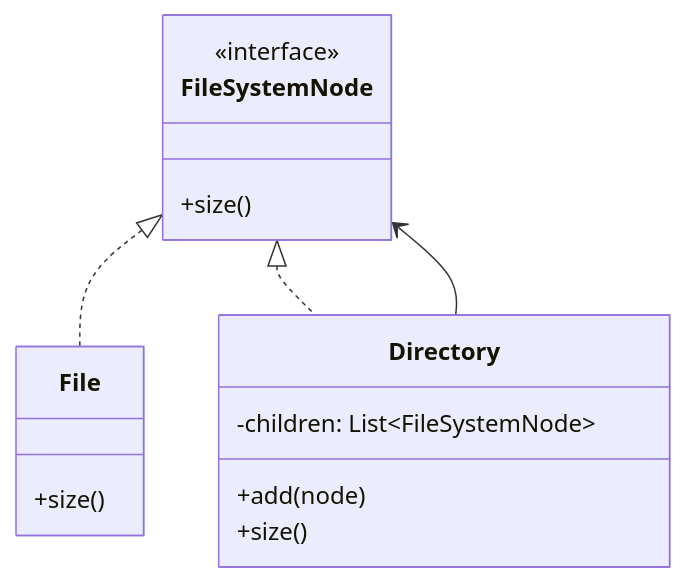
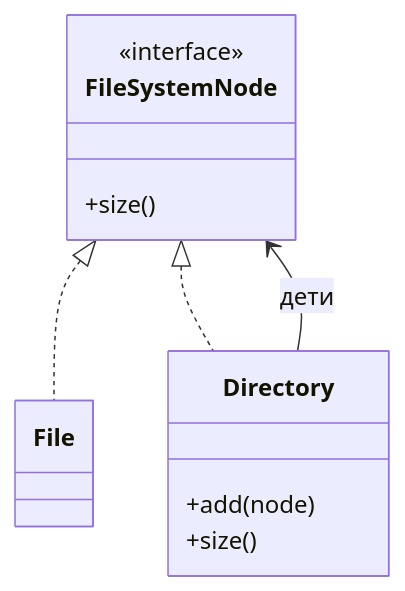
The seventh of 7 diagrams in content/lectures/Lec6/vitepress.md (Kert0n/KPO), drawn with Mermaid before and after one commit. The commit also changed other lines of this file, not shown here.

````diff
--- a/content/lectures/Lec6/vitepress.md
+++ b/content/lectures/Lec6/vitepress.md
@@ -1495,19 +1051,15 @@
 ```mermaid
 classDiagram
   class FileSystemNode {
     <<interface>>
     +size()
   }
-  class File {
-    +size()
-  }
+  class File
   class Directory {
-    -children: List~FileSystemNode~
     +add(node)
     +size()
   }
-
   FileSystemNode <|.. File
   FileSystemNode <|.. Directory
-  Directory --> FileSystemNode
+  Directory --> FileSystemNode : дети
 ```
````
